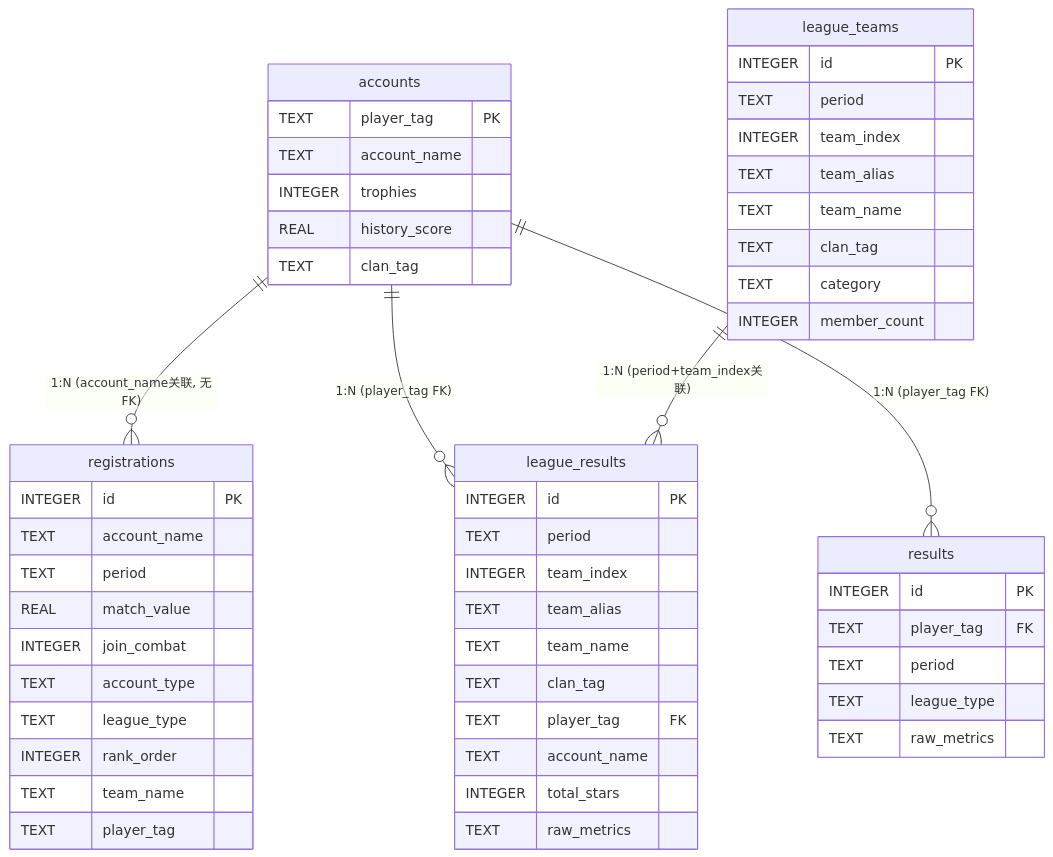
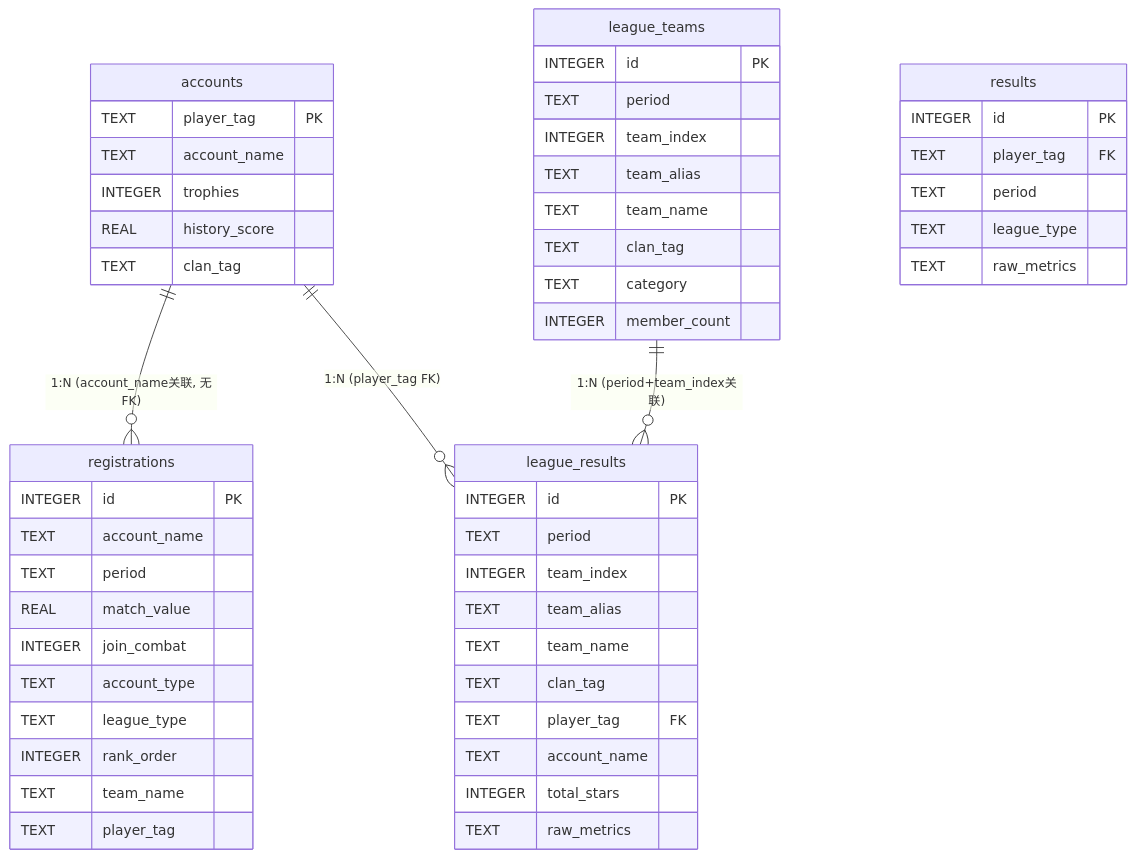
The first of 3 diagrams in docs/02-database.md (Pluto1944/sky-admin), drawn with Mermaid before and after one commit. The commit also changed other lines of this file and 24 other files, not shown here.

````diff
--- a/docs/02-database.md
+++ b/docs/02-database.md
@@ -45,61 +48,60 @@
 ```mermaid
 erDiagram
     accounts ||--o{ registrations : "1:N (account_name关联, 无FK)"
     accounts ||--o{ league_results : "1:N (player_tag FK)"
-    accounts ||--o{ results : "1:N (player_tag FK)"
 
     league_teams ||--o{ league_results : "1:N (period+team_index关联)"
 
     accounts {
         TEXT player_tag PK
         TEXT account_name
         INTEGER trophies
         REAL history_score
         TEXT clan_tag
     }
 
     registrations {
         INTEGER id PK
         TEXT account_name
         TEXT period
         REAL match_value
         INTEGER join_combat
         TEXT account_type
         TEXT league_type
         INTEGER rank_order
         TEXT team_name
         TEXT player_tag
     }
 
     league_teams {
         INTEGER id PK
         TEXT period
         INTEGER team_index
         TEXT team_alias
         TEXT team_name
         TEXT clan_tag
         TEXT category
         INTEGER member_count
     }
 
     league_results {
         INTEGER id PK
         TEXT period
         INTEGER team_index
         TEXT team_alias
         TEXT team_name
         TEXT clan_tag
         TEXT player_tag FK
         TEXT account_name
         INTEGER total_stars
         TEXT raw_metrics
     }
 
     results {
         INTEGER id PK
         TEXT player_tag FK
         TEXT period
         TEXT league_type
         TEXT raw_metrics
     }
 ```
````
